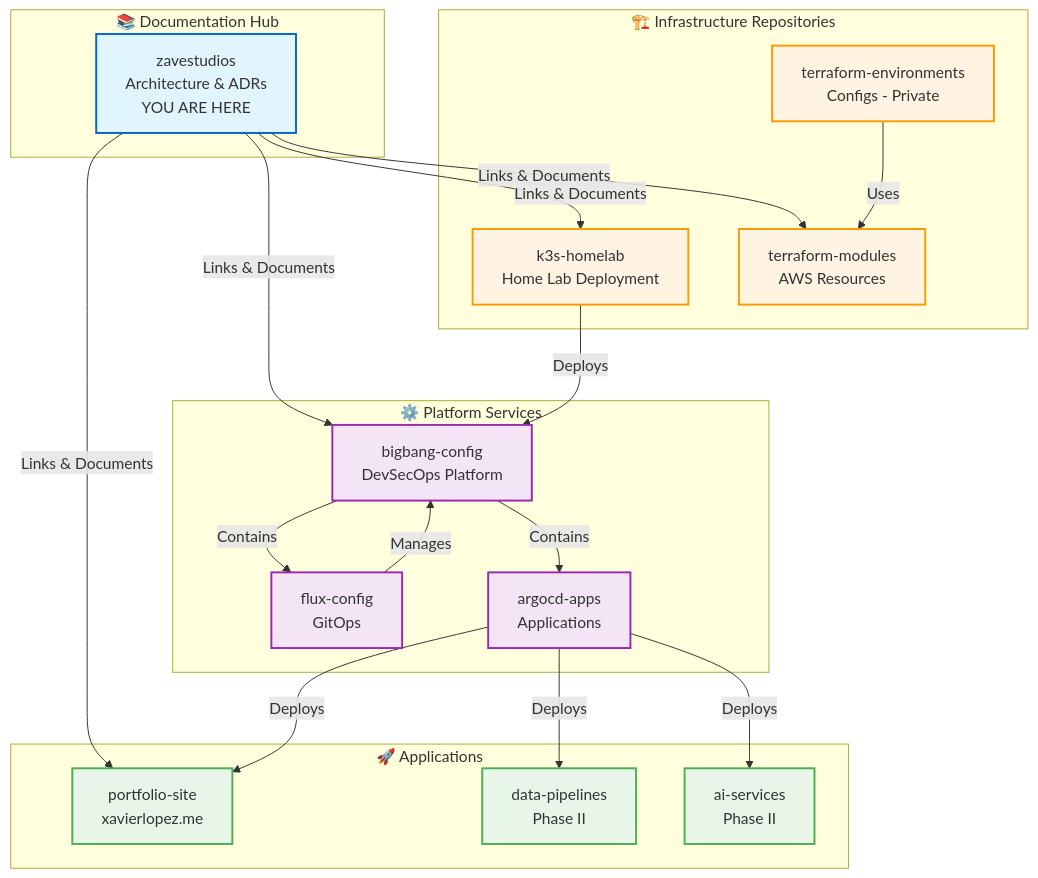
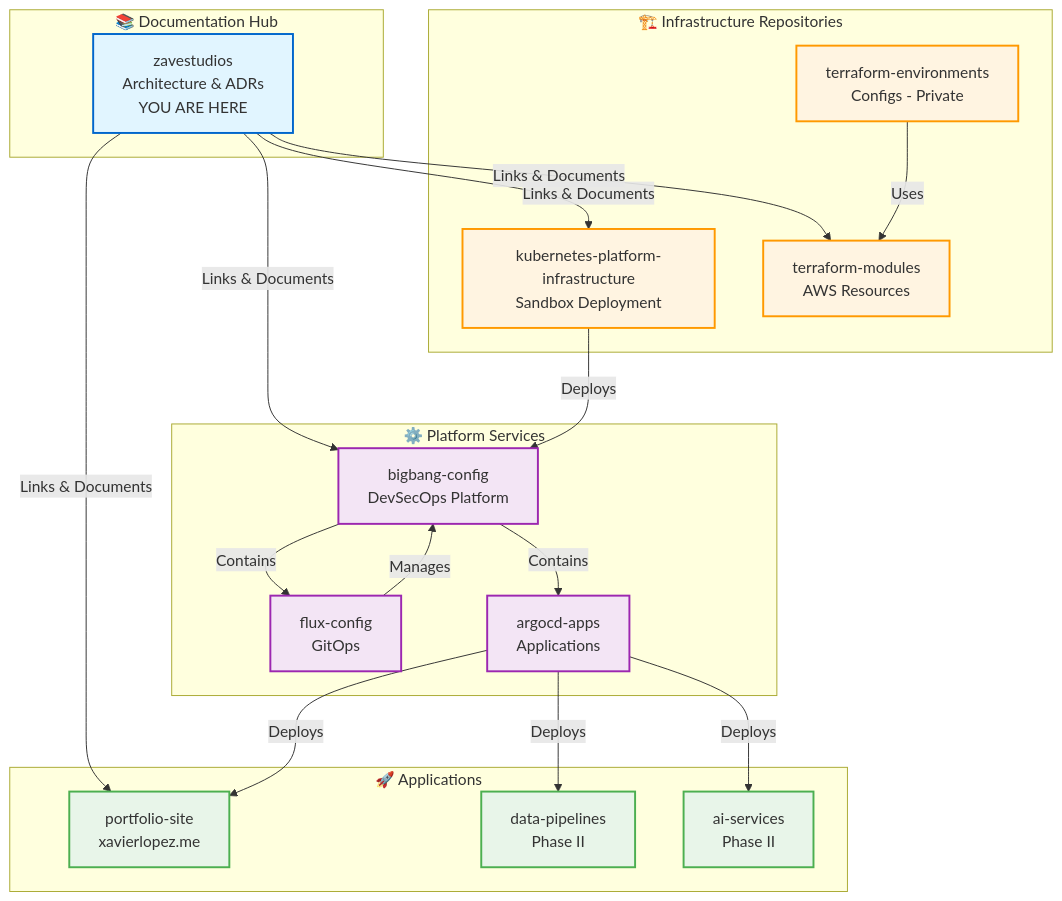
Before and after one commit to zavestudios/zavestudios: the fifth of 5 diagrams in README.md, drawn with Mermaid. The commit also changed other lines of this file, not shown here.

````diff
--- a/README.md
+++ b/README.md
@@ -591,50 +591,50 @@
 ```mermaid
 graph TB
     subgraph Documentation["📚 Documentation Hub"]
         ZS[zavestudios<br/>Architecture & ADRs<br/>YOU ARE HERE]
     end
     
     subgraph Infrastructure["🏗️ Infrastructure Repositories"]
-        K3S[k3s-homelab<br/>Home Lab Deployment]
+        K3S[kubernetes-platform-infrastructure<br/>Sandbox Deployment]
         TFM[terraform-modules<br/>AWS Resources]
         TFE[terraform-environments<br/>Configs - Private]
     end
     
     subgraph Platform["⚙️ Platform Services"]
         BB[bigbang-config<br/>DevSecOps Platform]
         FLUX[flux-config<br/>GitOps]
         ARGO[argocd-apps<br/>Applications]
     end
     
     subgraph Applications["🚀 Applications"]
         PORT[portfolio-site<br/>xavierlopez.me]
         DATA[data-pipelines<br/>Phase II]
         AI[ai-services<br/>Phase II]
     end
     
     ZS -->|Links & Documents| K3S
     ZS -->|Links & Documents| TFM
     ZS -->|Links & Documents| BB
     ZS -->|Links & Documents| PORT
     
     K3S -->|Deploys| BB
     BB -->|Contains| FLUX
     BB -->|Contains| ARGO
     
     FLUX -->|Manages| BB
     ARGO -->|Deploys| PORT
     ARGO -->|Deploys| DATA
     ARGO -->|Deploys| AI
     
     TFE -->|Uses| TFM
     
     classDef docs fill:#e1f5ff,stroke:#0066cc,stroke-width:2px
     classDef infra fill:#fff4e1,stroke:#ff9900,stroke-width:2px
     classDef platform fill:#f3e5f5,stroke:#9c27b0,stroke-width:2px
     classDef apps fill:#e8f5e9,stroke:#4caf50,stroke-width:2px
     
     class ZS docs
     class K3S,TFM,TFE infra
     class BB,FLUX,ARGO platform
     class PORT,DATA,AI apps
 ```
````
